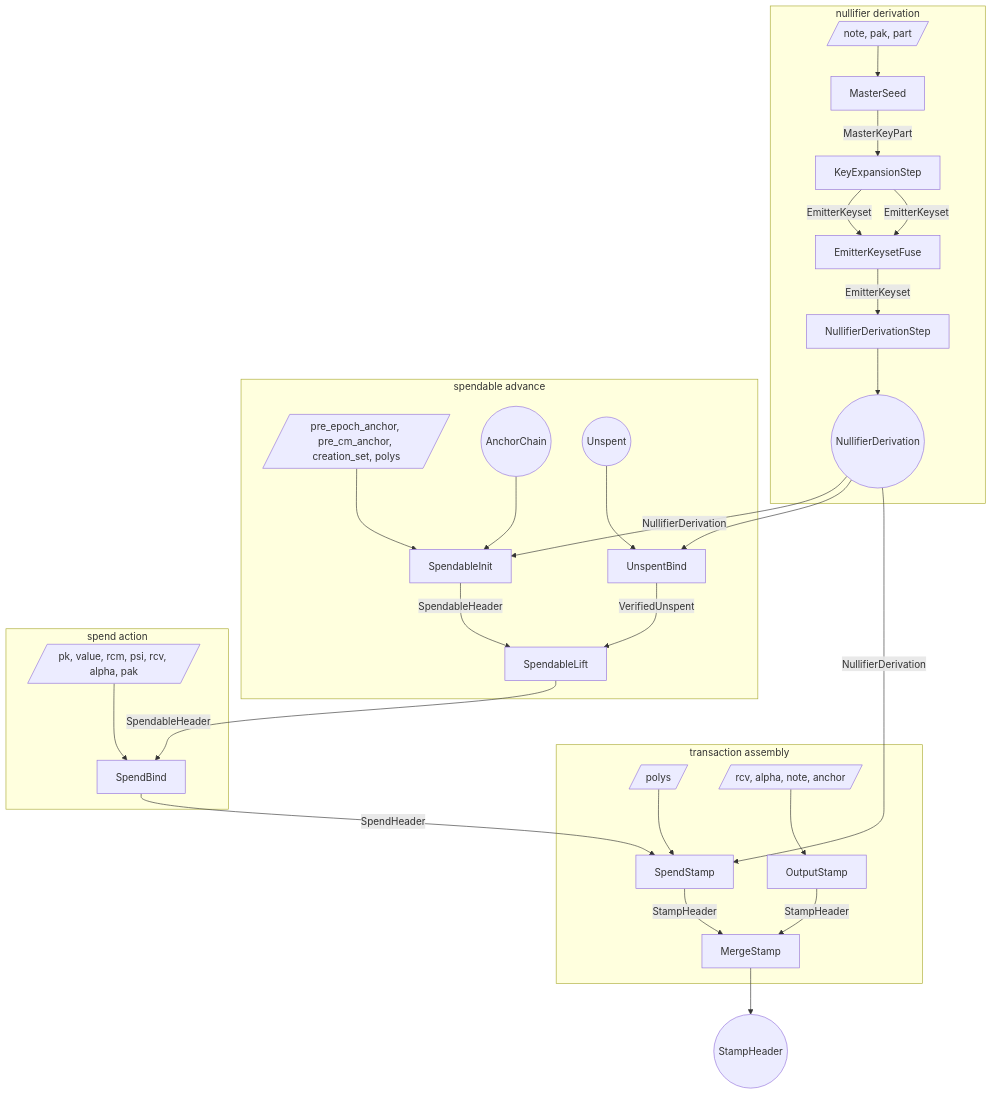
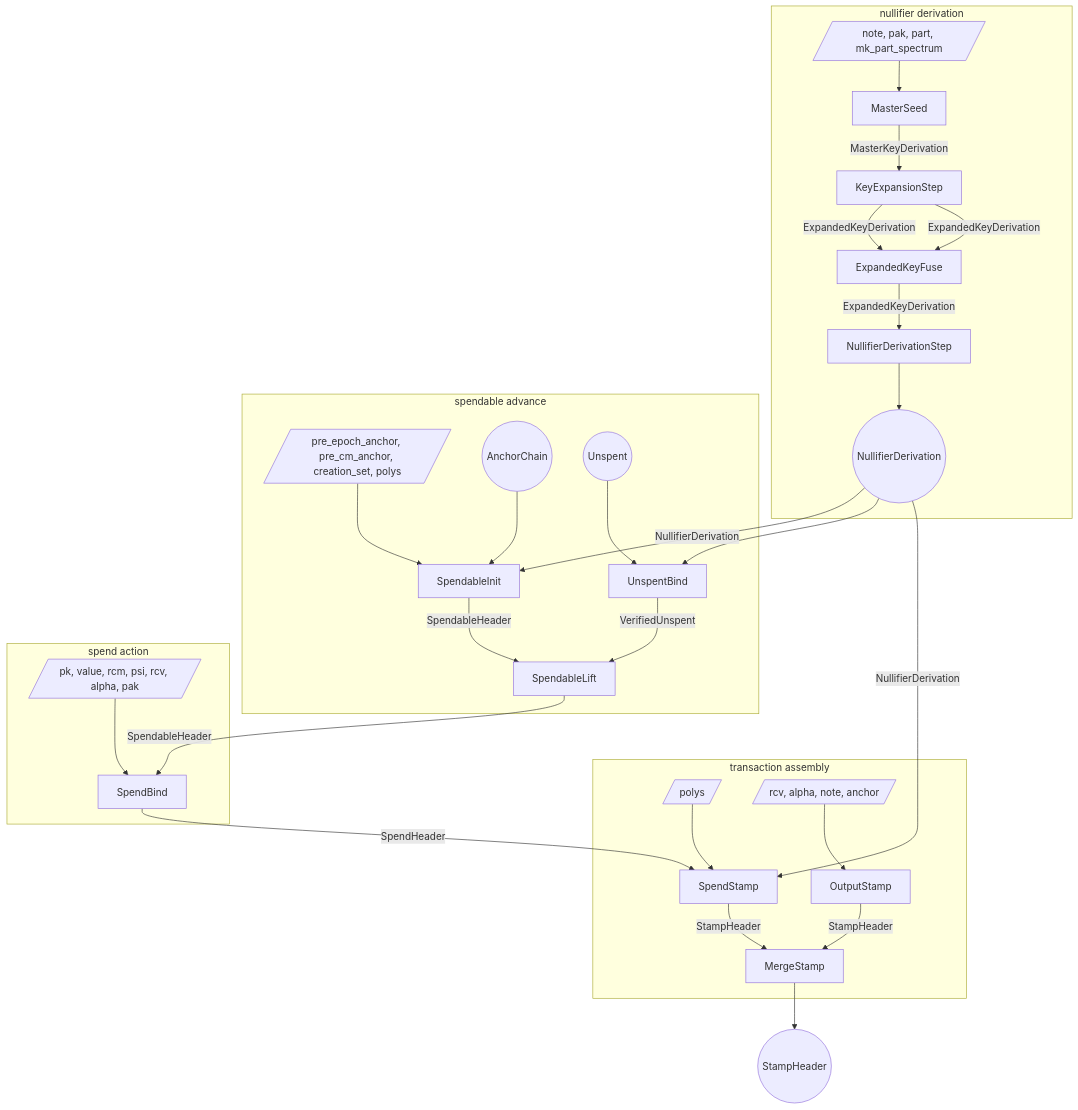
The first of 3 diagrams in book/src/proof-tree.md (tachyon-zcash/tachyon), drawn with Mermaid before and after one commit. The commit also changed other lines of this file and 3 other files, not shown here.

````diff
--- a/book/src/proof-tree.md
+++ b/book/src/proof-tree.md
@@ -209,61 +211,61 @@
 ```mermaid
 flowchart TB
   subgraph derive [nullifier derivation]
-    w_seed[/note, pak, part/]
+    w_seed[/note, pak, part, mk_part_spectrum/]
     s_seed[MasterSeed]
     s_expand[KeyExpansionStep]
-    s_kfuse[EmitterKeysetFuse]
+    s_kfuse[ExpandedKeyFuse]
     s_derive[NullifierDerivationStep]
     nf_derivation((NullifierDerivation))
   end
 
   subgraph spendable [spendable advance]
     w_init[/pre_epoch_anchor, pre_cm_anchor, creation_set, polys/]
     anchor_init((AnchorChain))
     s_init[SpendableInit]
     unspent_in((Unspent))
     s_verify[UnspentBind]
     s_lift[SpendableLift]
   end
 
   subgraph spend_action [spend action]
     w_bind[/pk, value, rcm, psi, rcv, alpha, pak/]
     s_bind[SpendBind]
   end
 
   subgraph merge [transaction assembly]
     w_stamp[/polys/]
     s_spendstamp[SpendStamp]
     w_output[/rcv, alpha, note, anchor/]
     s_output[OutputStamp]
     s_merge[MergeStamp]
   end
 
   stamp_out((StampHeader))
 
   w_seed --> s_seed
-  s_seed -->|MasterKeyPart| s_expand
-  s_expand -->|EmitterKeyset| s_kfuse
-  s_expand -->|EmitterKeyset| s_kfuse
-  s_kfuse -->|EmitterKeyset| s_derive
+  s_seed -->|MasterKeyDerivation| s_expand
+  s_expand -->|ExpandedKeyDerivation| s_kfuse
+  s_expand -->|ExpandedKeyDerivation| s_kfuse
+  s_kfuse -->|ExpandedKeyDerivation| s_derive
   s_derive --> nf_derivation
 
   anchor_init --> s_init
   nf_derivation -->|NullifierDerivation| s_init
   w_init --> s_init
   nf_derivation --> s_verify
   unspent_in --> s_verify
   s_init -->|SpendableHeader| s_lift
   s_verify -->|VerifiedUnspent| s_lift
   s_lift -->|SpendableHeader| s_bind
 
   w_bind --> s_bind
   s_bind -->|SpendHeader| s_spendstamp
   nf_derivation -->|NullifierDerivation| s_spendstamp
   w_stamp --> s_spendstamp
 
   w_output --> s_output
   s_spendstamp -->|StampHeader| s_merge
   s_output -->|StampHeader| s_merge
   s_merge --> stamp_out
 ```
````
